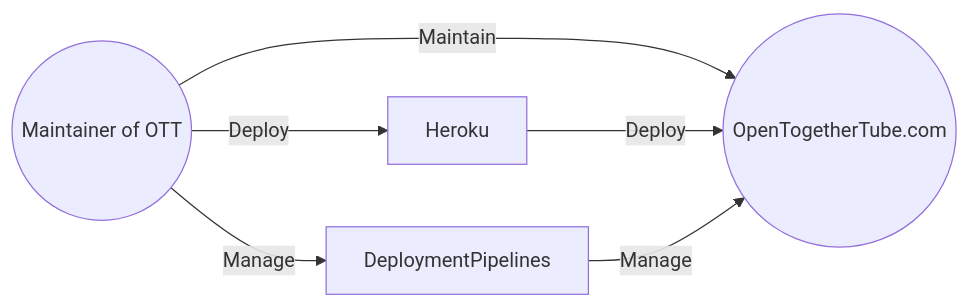
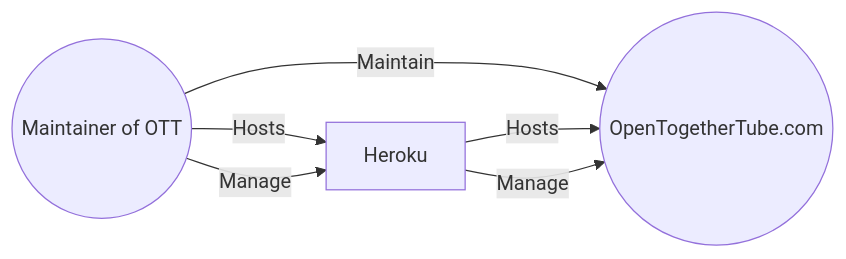
One commit to dyc3/ssw345-group-assignments changed the diagram in final-project/Figures/hosting-use-case.mmd. Above: the diagram before and after it, drawn with Mermaid.

Commit message:
hosting use case

```diff
--- a/final-project/Figures/hosting-use-case.mmd
+++ b/final-project/Figures/hosting-use-case.mmd
@@ -1,9 +1,9 @@
 graph LR
 Maintainer((Maintainer of OTT))
 Website((OpenTogetherTube.com))
 
-Maintainer -- Deploy --> Heroku
+Maintainer -- Hosts --> Heroku
 Maintainer -- Maintain --> Website
-Maintainer -- Manage --> DeploymentPipelines
-Heroku -- Deploy --> Website
-DeploymentPipelines -- Manage --> Website
+Maintainer -- Manage --> Heroku
+Heroku -- Hosts --> Website
+Heroku -- Manage --> Website
```
